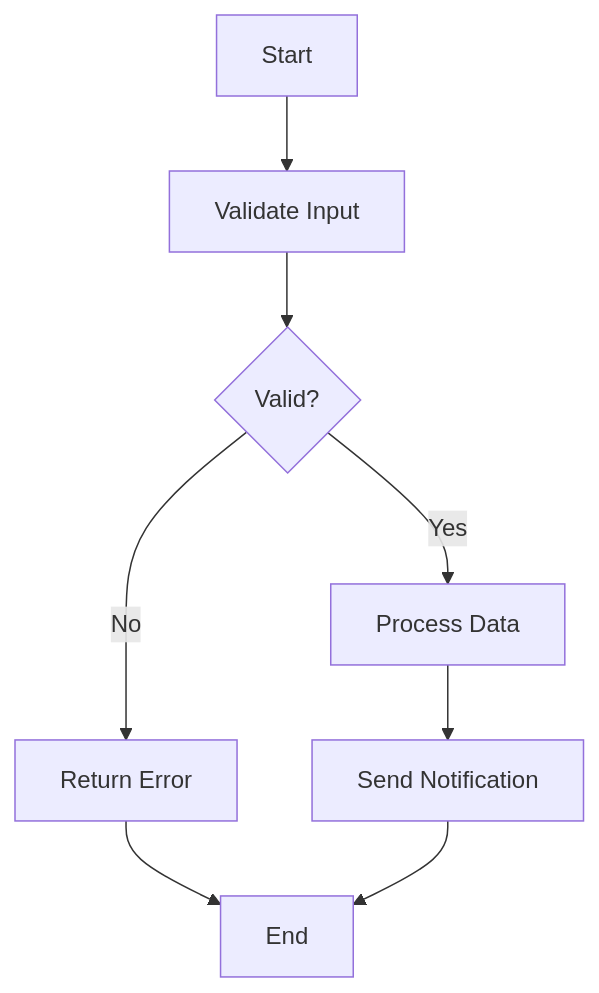
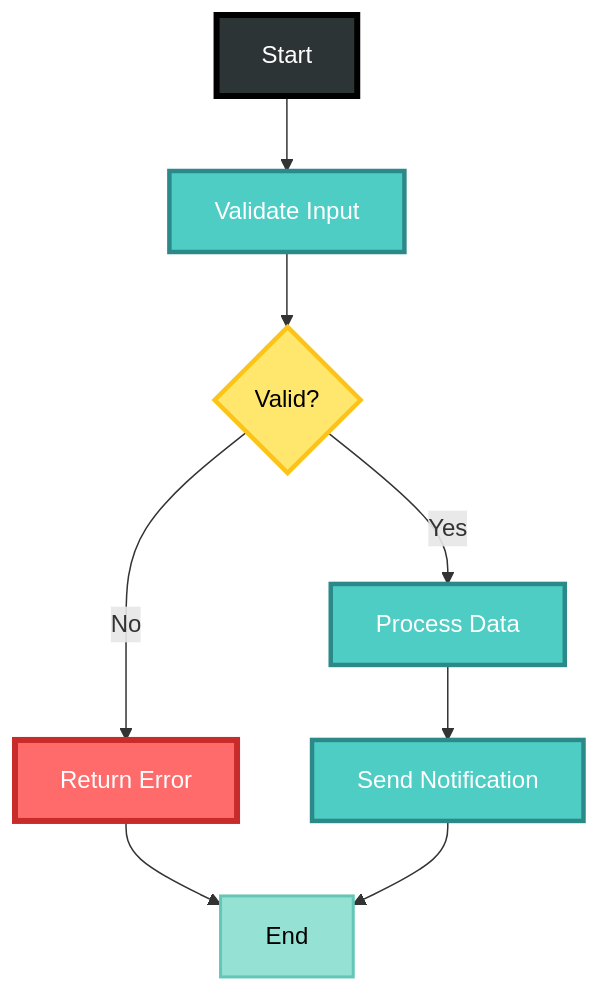
The second of 7 diagrams in doc/user-stories.md (TheCowboyAI/cim-domain-workflow), drawn with Mermaid before and after one commit. The commit also changed other lines of this file and 30 other files, not shown here.

First line of the commit message:
feat(docs): enhance documentation with comprehensive CIM-compliant mermaid diagrams

````diff
--- a/doc/user-stories.md
+++ b/doc/user-stories.md
@@ -22,10 +56,22 @@
 ```mermaid
 graph TD
     A[Start] --> B[Validate Input]
     B --> C{Valid?}
     C -->|Yes| D[Process Data]
     C -->|No| E[Return Error]
     D --> F[Send Notification]
     E --> G[End]
     F --> G
+    
+    classDef primary fill:#FF6B6B,stroke:#C92A2A,stroke-width:4px,color:#fff
+    classDef secondary fill:#4ECDC4,stroke:#2B8A89,stroke-width:3px,color:#fff
+    classDef choice fill:#FFE66D,stroke:#FCC419,stroke-width:3px,color:#000
+    classDef result fill:#95E1D3,stroke:#63C7B8,stroke-width:2px,color:#000
+    classDef start fill:#2D3436,stroke:#000,stroke-width:4px,color:#fff
+    
+    class A start
+    class B,D,F secondary
+    class C choice
+    class E primary
+    class G result
 ```
````
